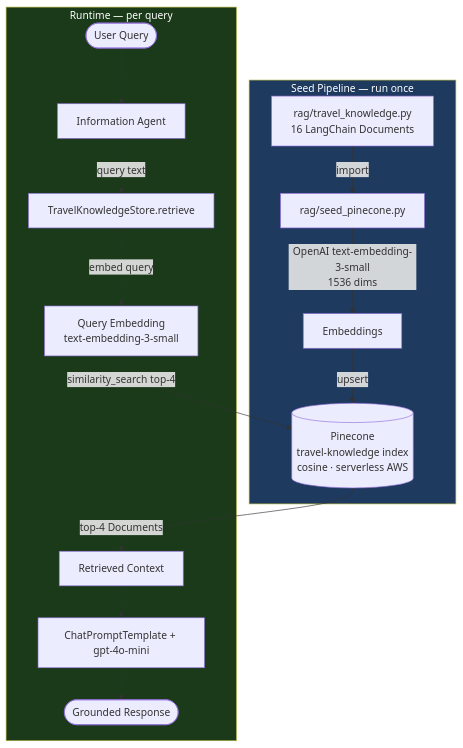
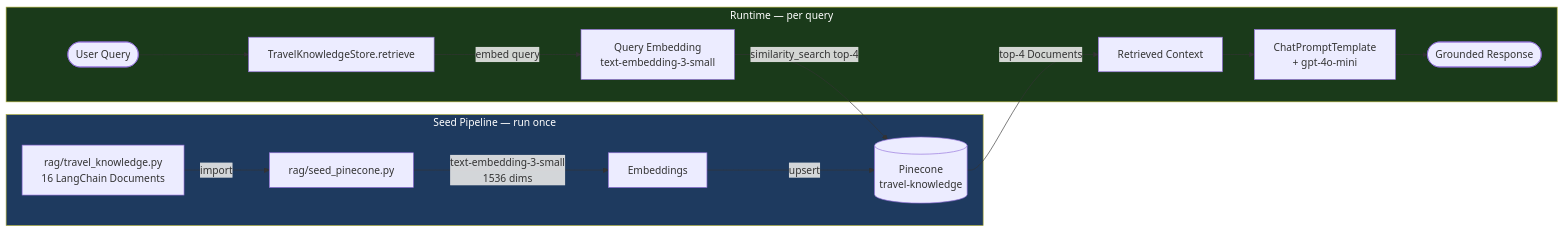
The second of 3 diagrams in multiagent booking system/readme.md (gittiwariakhilesh27-png/praveen_AgentAI1Feb2026), drawn with Mermaid before and after one commit. The commit also changed other lines of this file, not shown here.

````diff
--- a/multiagent booking system/readme.md
+++ b/multiagent booking system/readme.md
@@ -9,21 +55,20 @@
 ```mermaid
-flowchart TD
+flowchart LR
     subgraph Seed["Seed Pipeline — run once"]
         TD[rag/travel_knowledge.py\n16 LangChain Documents] -->|import| SP[rag/seed_pinecone.py]
-        SP -->|OpenAI text-embedding-3-small\n1536 dims| EMB[Embeddings]
-        EMB -->|upsert| PC[(Pinecone\ntravel-knowledge index\ncosine · serverless AWS)]
+        SP -->|text-embedding-3-small\n1536 dims| EMB[Embeddings]
+        EMB -->|upsert| PC[(Pinecone\ntravel-knowledge)]
     end
 
     subgraph Runtime["Runtime — per query"]
-        U([User Query]) --> IA[Information Agent]
-        IA -->|query text| KS[TravelKnowledgeStore.retrieve]
+        Q([User Query]) --> KS[TravelKnowledgeStore.retrieve]
         KS -->|embed query| QE[Query Embedding\ntext-embedding-3-small]
         QE -->|similarity_search top-4| PC
         PC -->|top-4 Documents| CTX[Retrieved Context]
-        CTX --> PROMPT[ChatPromptTemplate + gpt-4o-mini]
-        PROMPT --> RESP([Grounded Response])
+        CTX --> PROMPT[ChatPromptTemplate\n+ gpt-4o-mini]
+        PROMPT --> R([Grounded Response])
     end
 
     style Seed fill:#1e3a5f,color:#fff
     style Runtime fill:#1a3a1a,color:#fff
 ```
````
